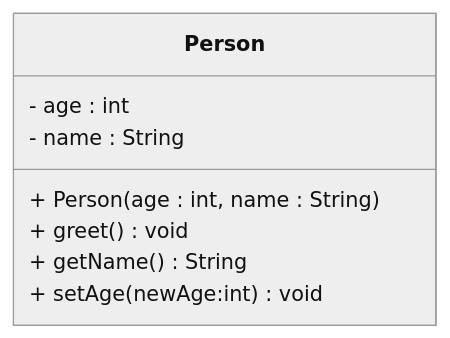
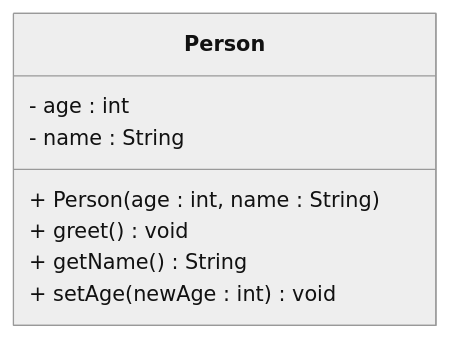
The diagram in Articles/UML Class Diagrams/001 Introduction.md (TroelsMortensen/Codelabs2), drawn with Mermaid (neutral theme) before and after one commit. The commit also changed other lines of this file and 1 other file, not shown here.

Commit message:
uml updates

````diff
--- a/Articles/UML Class Diagrams/001 Introduction.md
+++ b/Articles/UML Class Diagrams/001 Introduction.md
@@ -24,11 +25,11 @@
 ```mermaid
 classDiagram
     class Person{
         - age : int
         - name : String
         + Person(age : int, name : String)
         + greet() void
         + getName() String
-        + setAge(newAge:int) void
+        + setAge(newAge : int) void
     }
 ```
````
